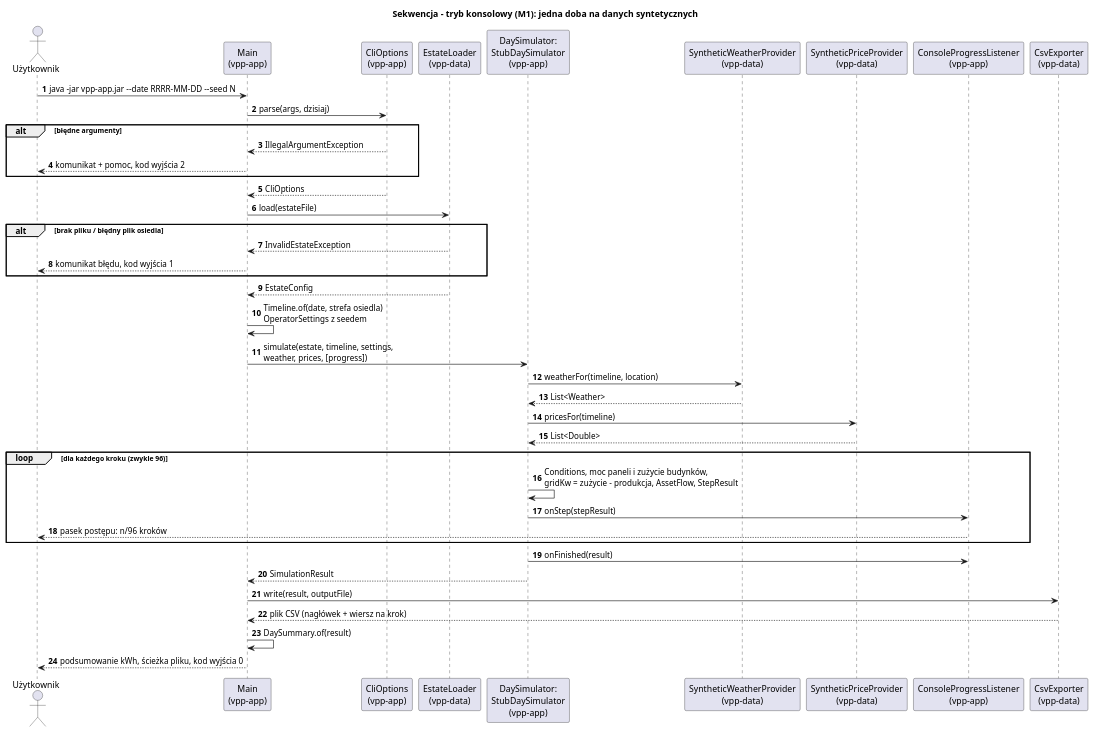
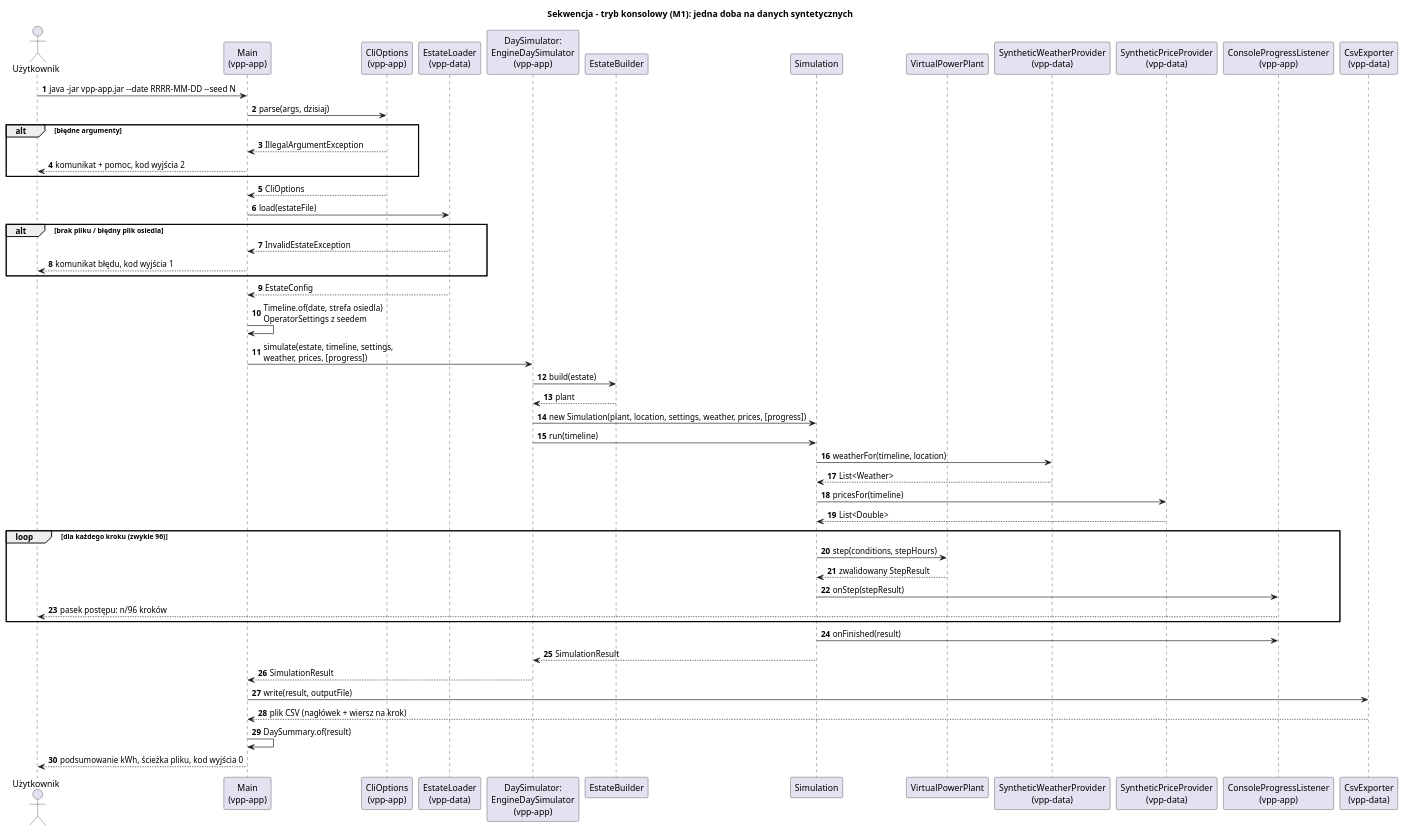
Before and after one commit to M-zielson/po2026: the diagram in projekt/uml/02-sekwencja-tryb-konsolowy.puml, drawn with PlantUML. The commit also changed 1 other file, not shown here.

Commit message:
docs(uml): builder adapter i sekwencja trybu konsolowego

```diff
--- a/projekt/uml/02-sekwencja-tryb-konsolowy.puml
+++ b/projekt/uml/02-sekwencja-tryb-konsolowy.puml
@@ -1,50 +1,59 @@
 @startuml
 title Sekwencja - tryb konsolowy (M1): jedna doba na danych syntetycznych
 autonumber
 
 actor Użytkownik
 participant "Main\n(vpp-app)" as Main
 participant "CliOptions\n(vpp-app)" as Cli
 participant "EstateLoader\n(vpp-data)" as Loader
-participant "DaySimulator:\nStubDaySimulator\n(vpp-app)" as Sim
+participant "DaySimulator:\nEngineDaySimulator\n(vpp-app)" as Adapter
+participant EstateBuilder as Builder
+participant Simulation as Sim
+participant VirtualPowerPlant as VPP
 participant "SyntheticWeatherProvider\n(vpp-data)" as Weather
 participant "SyntheticPriceProvider\n(vpp-data)" as Prices
 participant "ConsoleProgressListener\n(vpp-app)" as Progress
 participant "CsvExporter\n(vpp-data)" as Csv
 
 Użytkownik -> Main : java -jar vpp-app.jar ~--date RRRR-MM-DD ~--seed N
 Main -> Cli : parse(args, dzisiaj)
 alt błędne argumenty
     Cli --> Main : IllegalArgumentException
     Main --> Użytkownik : komunikat + pomoc, kod wyjścia 2
 end
 Cli --> Main : CliOptions
 
 Main -> Loader : load(estateFile)
 alt brak pliku / błędny plik osiedla
     Loader --> Main : InvalidEstateException
     Main --> Użytkownik : komunikat błędu, kod wyjścia 1
 end
 Loader --> Main : EstateConfig
 
 Main -> Main : Timeline.of(date, strefa osiedla)\nOperatorSettings z seedem
 
-Main -> Sim : simulate(estate, timeline, settings,\nweather, prices, [progress])
+Main -> Adapter : simulate(estate, timeline, settings,\nweather, prices, [progress])
+Adapter -> Builder : build(estate)
+Builder --> Adapter : plant
+Adapter -> Sim : new Simulation(plant, location, settings, weather, prices, [progress])
+Adapter -> Sim : run(timeline)
 Sim -> Weather : weatherFor(timeline, location)
 Weather --> Sim : List<Weather>
 Sim -> Prices : pricesFor(timeline)
 Prices --> Sim : List<Double>
 
 loop dla każdego kroku (zwykle 96)
-    Sim -> Sim : Conditions, moc paneli i zużycie budynków,\ngridKw = zużycie - produkcja, AssetFlow, StepResult
+    Sim -> VPP : step(conditions, stepHours)
+    VPP --> Sim : zwalidowany StepResult
     Sim -> Progress : onStep(stepResult)
     Progress --> Użytkownik : pasek postępu: n/96 kroków
 end
 Sim -> Progress : onFinished(result)
-Sim --> Main : SimulationResult
+Sim --> Adapter : SimulationResult
+Adapter --> Main : SimulationResult
 
 Main -> Csv : write(result, outputFile)
 Csv --> Main : plik CSV (nagłówek + wiersz na krok)
 Main -> Main : DaySummary.of(result)
 Main --> Użytkownik : podsumowanie kWh, ścieżka pliku, kod wyjścia 0
 @enduml
```
